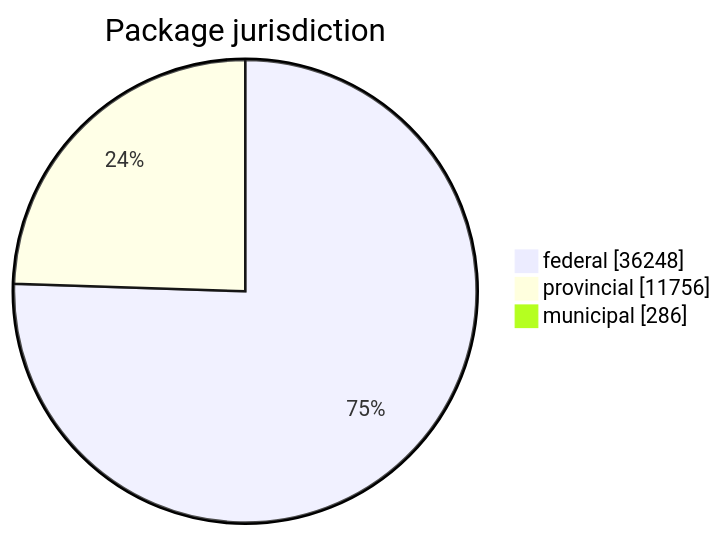
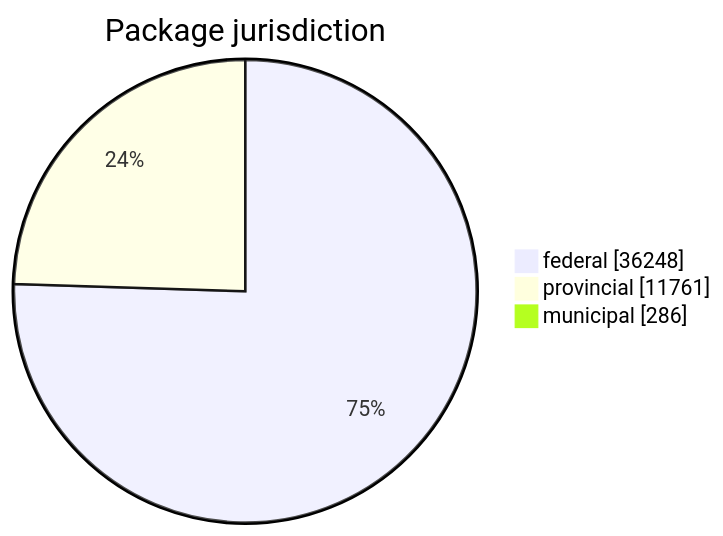
Before and after one commit to open-data/analytics-corporate-reporting: the first of 5 diagrams in FreshCheck/README.md, drawn with Mermaid. The commit also changed other lines of this file and 3 other files, not shown here.

````diff
--- a/FreshCheck/README.md
+++ b/FreshCheck/README.md
@@ -60,6 +60,6 @@
 ```mermaid
 pie showData title Package jurisdiction
     "federal": 36248
-    "provincial": 11756
+    "provincial": 11761
     "municipal": 286
 ```
````
